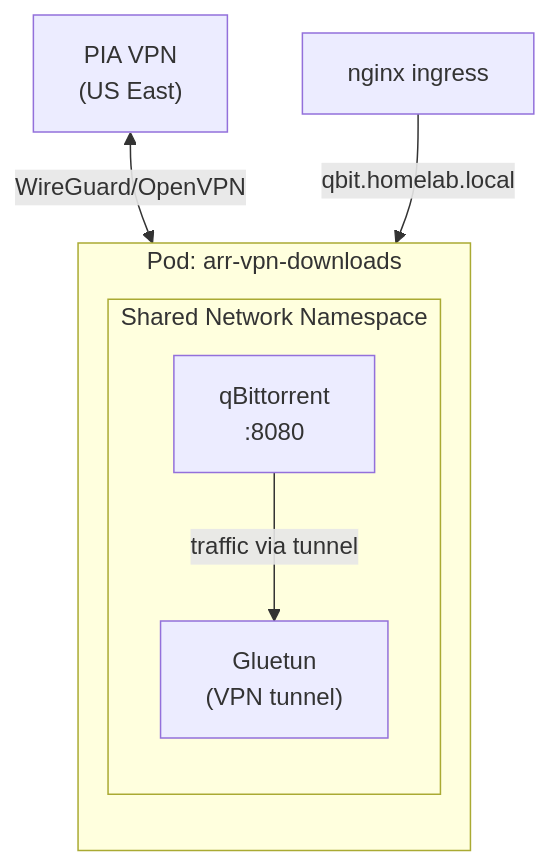
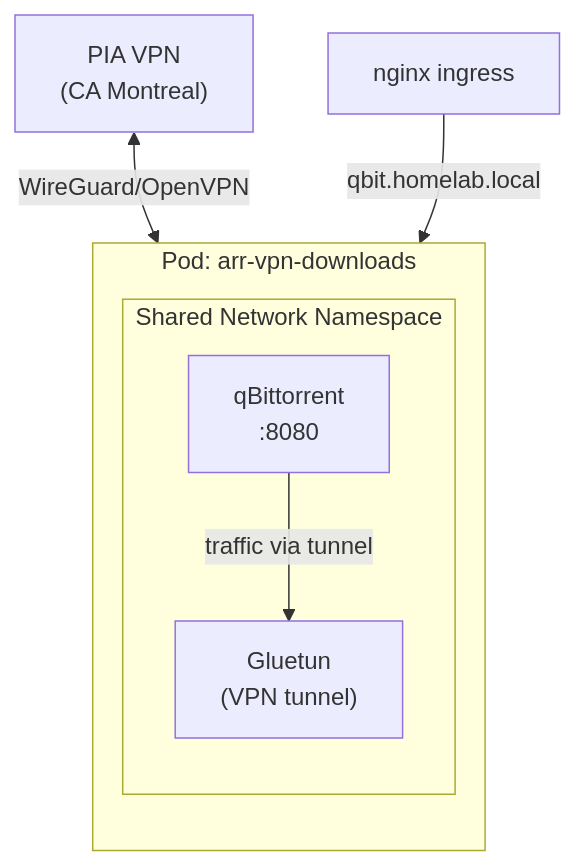
Before and after one commit to kyleseneker/homelab: the diagram in docs/apps/downloads.md, drawn with Mermaid. The commit also changed other lines of this file and 25 other files, not shown here.

````diff
--- a/docs/apps/downloads.md
+++ b/docs/apps/downloads.md
@@ -46,14 +46,14 @@
 ```mermaid
 flowchart TB
     subgraph pod["Pod: arr-vpn-downloads"]
         direction TB
         subgraph netns["Shared Network Namespace"]
             gluetun["Gluetun\n(VPN tunnel)"]
             qbit["qBittorrent\n:8080"]
         end
     end
 
-    vpn["PIA VPN\n(US East)"] <-->|"WireGuard/OpenVPN"| gluetun
+    vpn["PIA VPN\n(CA Montreal)"] <-->|"WireGuard/OpenVPN"| gluetun
     qbit -->|"traffic via tunnel"| gluetun
     ingress["nginx ingress"] -->|"qbit.homelab.local"| netns
 ```
````
